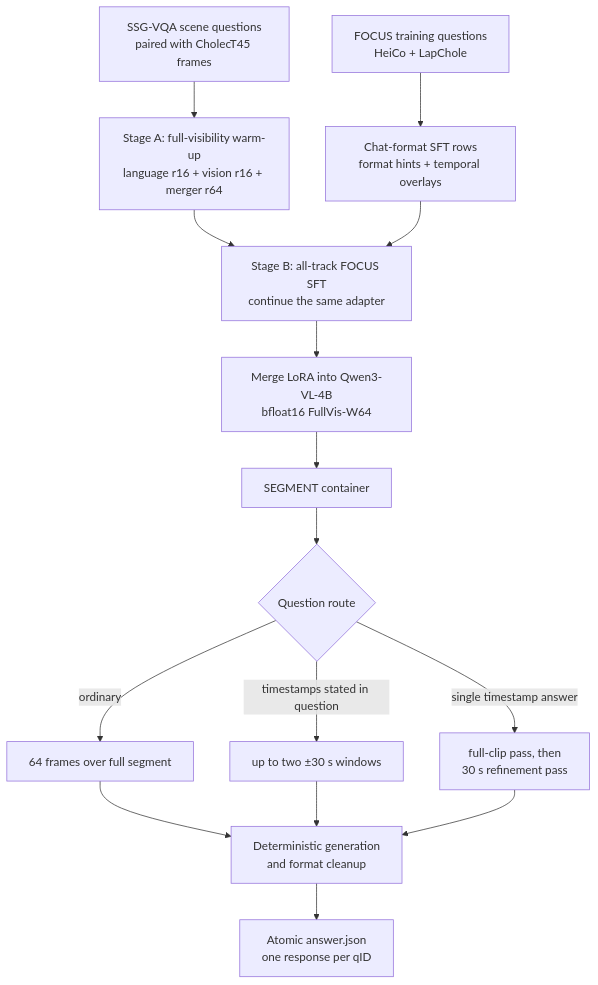
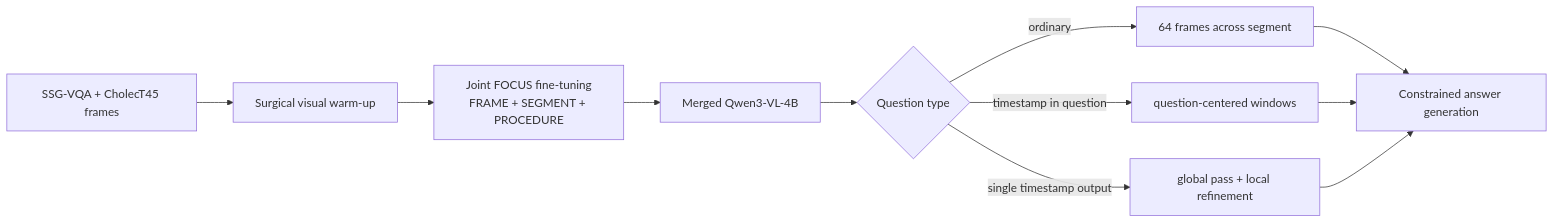
The diagram in METHOD_DESCRIPTION.md (mdivyanshu97/orena-focus-segment), drawn with Mermaid before and after one commit. The commit also changed other lines of this file and 3 other files, not shown here.

````diff
--- a/METHOD_DESCRIPTION.md
+++ b/METHOD_DESCRIPTION.md
@@ -46,17 +50,13 @@
 ```mermaid
-flowchart TD
-    A["FOCUS training questions<br/>HeiCo + LapChole"] --> B["Chat-format SFT rows<br/>format hints + temporal overlays"]
-    C["SSG-VQA scene questions<br/>paired with CholecT45 frames"] --> D["Stage A: full-visibility warm-up<br/>language r16 + vision r16 + merger r64"]
-    D --> E["Stage B: all-track FOCUS SFT<br/>continue the same adapter"]
-    B --> E
-    E --> F["Merge LoRA into Qwen3-VL-4B<br/>bfloat16 FullVis-W64"]
-    F --> G["SEGMENT container"]
-    G --> H{"Question route"}
-    H -- "ordinary" --> I["64 frames over full segment"]
-    H -- "timestamps stated in question" --> J["up to two ±30 s windows"]
-    H -- "single timestamp answer" --> K["full-clip pass, then<br/>30 s refinement pass"]
-    I --> L["Deterministic generation<br/>and format cleanup"]
-    J --> L
-    K --> L
-    L --> M["Atomic answer.json<br/>one response per qID"]
+flowchart LR
+    A["SSG-VQA + CholecT45 frames"] --> B["Surgical visual warm-up"]
+    B --> C["Joint FOCUS fine-tuning<br/>FRAME + SEGMENT + PROCEDURE"]
+    C --> D["Merged Qwen3-VL-4B"]
+    D --> E{"Question type"}
+    E -- "ordinary" --> F["64 frames across segment"]
+    E -- "timestamp in question" --> G["question-centered windows"]
+    E -- "single timestamp output" --> H["global pass + local refinement"]
+    F --> I["Constrained answer generation"]
+    G --> I
+    H --> I
 ```
````
